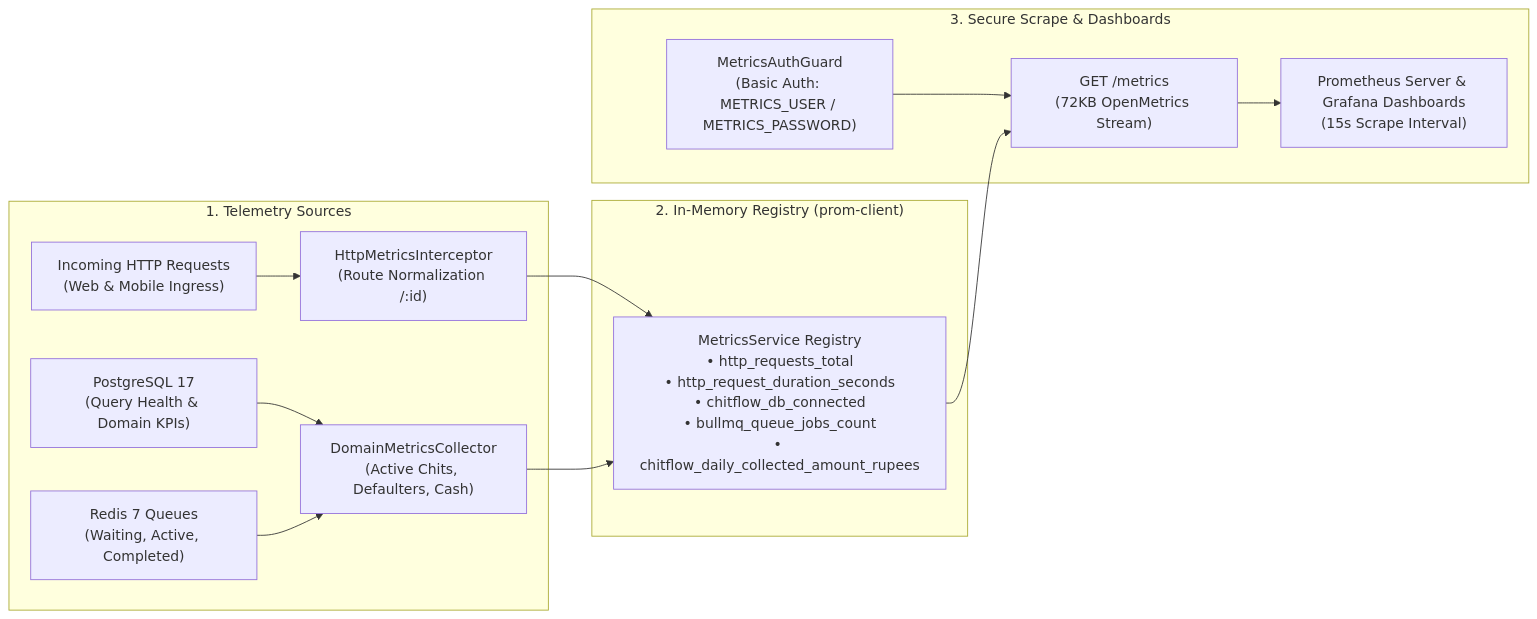
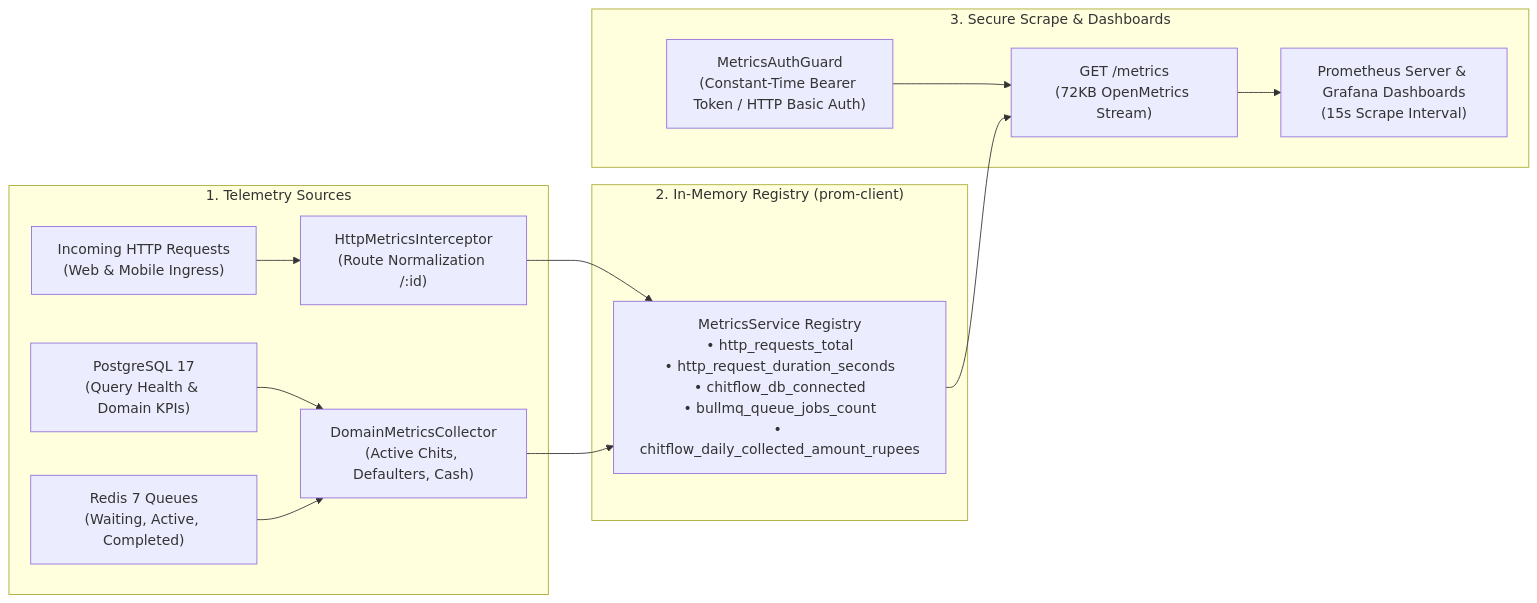
One commit to Kathir-24/Kumaran-finance changed the second of 7 diagrams in docs/03-architecture/observability-and-monitoring-architecture.md. Above: the diagram before and after it, drawn with Mermaid. The commit also changed other lines of this file and 4 other files, not shown here.

````diff
--- a/docs/03-architecture/observability-and-monitoring-architecture.md
+++ b/docs/03-architecture/observability-and-monitoring-architecture.md
@@ -72,23 +72,23 @@
 ```mermaid
 flowchart LR
     subgraph SOURCES["1. Telemetry Sources"]
         REQ["Incoming HTTP Requests\n(Web & Mobile Ingress)"] --> INT["HttpMetricsInterceptor\n(Route Normalization /:id)"]
         DB["PostgreSQL 17\n(Query Health & Domain KPIs)"] --> COL["DomainMetricsCollector\n(Active Chits, Defaulters, Cash)"]
         REDIS["Redis 7 Queues\n(Waiting, Active, Completed)"] --> COL
     end
 
     subgraph REGISTRY["2. In-Memory Registry (prom-client)"]
         INT --> REG["MetricsService Registry\n• http_requests_total\n• http_request_duration_seconds\n• chitflow_db_connected\n• bullmq_queue_jobs_count\n• chitflow_daily_collected_amount_rupees"]
         COL --> REG
     end
 
     subgraph EXPOSURE["3. Secure Scrape & Dashboards"]
-        GUARD["MetricsAuthGuard\n(Basic Auth: METRICS_USER / METRICS_PASSWORD)"]
+        GUARD["MetricsAuthGuard\n(Constant-Time Bearer Token / HTTP Basic Auth)"]
         ENDPOINT["GET /metrics\n(72KB OpenMetrics Stream)"]
         GRAFANA["Prometheus Server & Grafana Dashboards\n(15s Scrape Interval)"]
 
         GUARD --> ENDPOINT
         REG --> ENDPOINT
         ENDPOINT --> GRAFANA
     end
 ```
````
